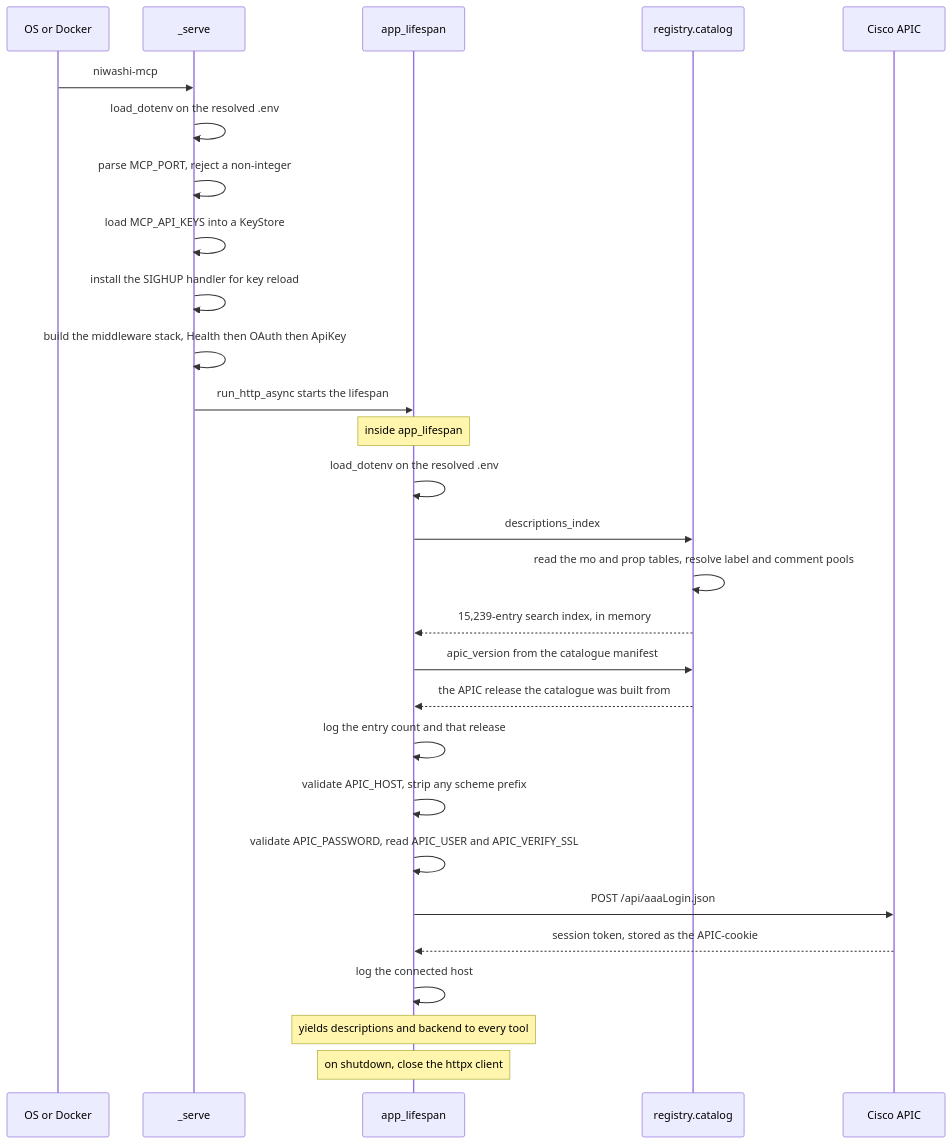
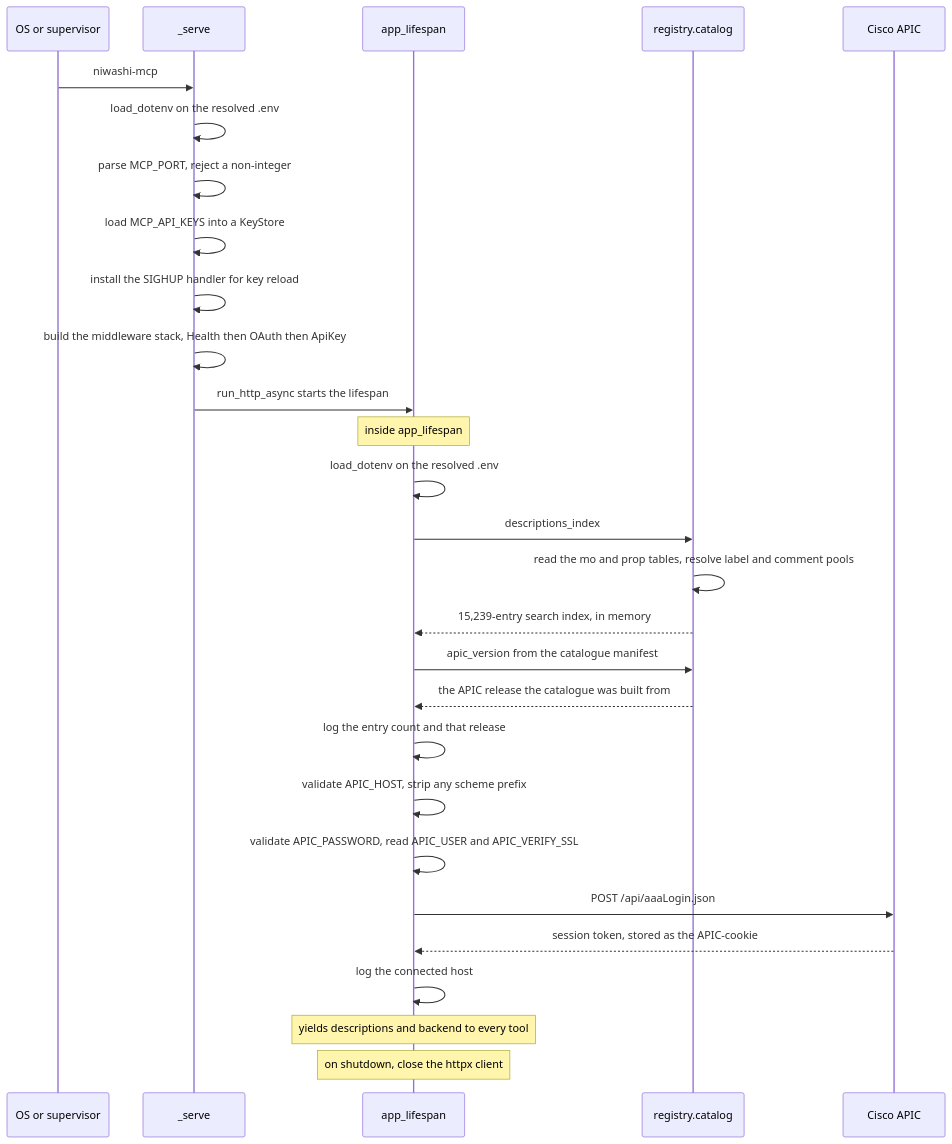
Before and after one commit to k3l0-dev/aci-mcp: the third of 3 diagrams in docs/architecture/overview.md, drawn with Mermaid. The commit also changed other lines of this file and 15 other files, not shown here.

````diff
--- a/docs/architecture/overview.md
+++ b/docs/architecture/overview.md
@@ -202,32 +197,32 @@
 ```mermaid
 sequenceDiagram
-    participant OS as OS or Docker
+    participant OS as OS or supervisor
     participant serve as _serve
     participant life as app_lifespan
     participant cat as registry.catalog
     participant apic as Cisco APIC
 
     OS->>serve: niwashi-mcp
     serve->>serve: load_dotenv on the resolved .env
     serve->>serve: parse MCP_PORT, reject a non-integer
     serve->>serve: load MCP_API_KEYS into a KeyStore
     serve->>serve: install the SIGHUP handler for key reload
     serve->>serve: build the middleware stack, Health then OAuth then ApiKey
     serve->>life: run_http_async starts the lifespan
 
     Note over life: inside app_lifespan
     life->>life: load_dotenv on the resolved .env
     life->>cat: descriptions_index
     cat->>cat: read the mo and prop tables, resolve label and comment pools
     cat-->>life: 15,239-entry search index, in memory
     life->>cat: apic_version from the catalogue manifest
     cat-->>life: the APIC release the catalogue was built from
     life->>life: log the entry count and that release
     life->>life: validate APIC_HOST, strip any scheme prefix
     life->>life: validate APIC_PASSWORD, read APIC_USER and APIC_VERIFY_SSL
     life->>apic: POST /api/aaaLogin.json
     apic-->>life: session token, stored as the APIC-cookie
     life->>life: log the connected host
     Note over life: yields descriptions and backend to every tool
     Note over life: on shutdown, close the httpx client
 ```
````
